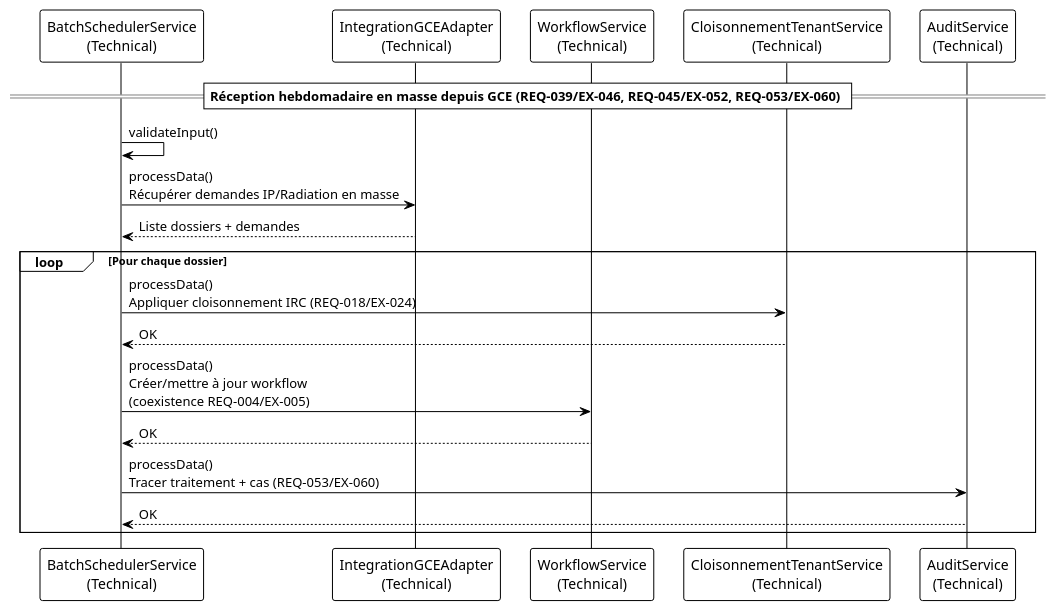
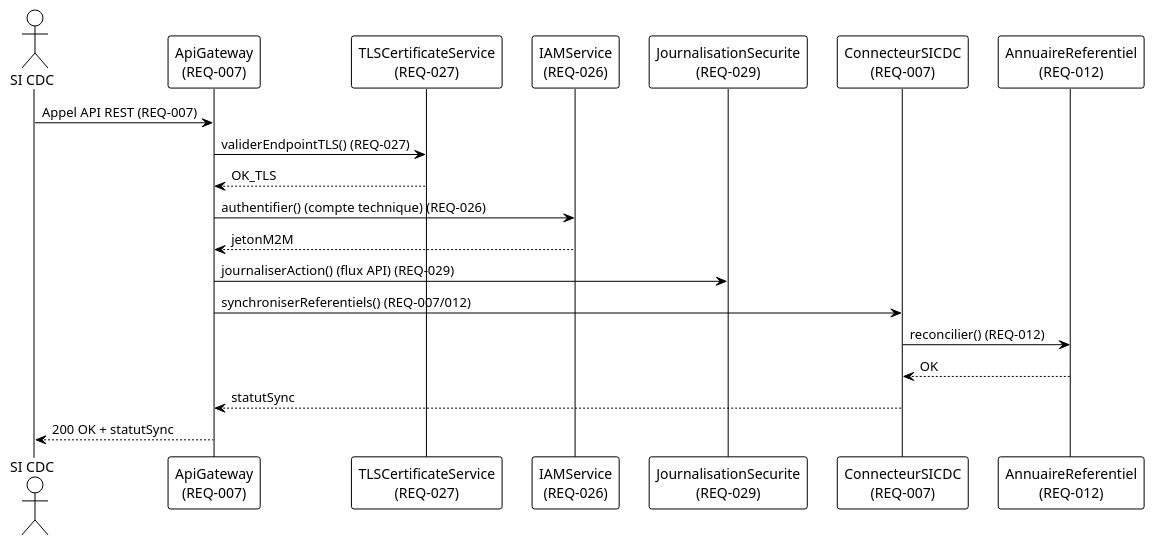
Before and after one commit to Modelio-R-D/ModelioAlchemist: the fifth of 6 diagrams in output/modele_donnees.puml, drawn with PlantUML. The commit also changed other lines of this file and 46 other files, not shown here.

```diff
--- a/output/modele_donnees.puml
+++ b/output/modele_donnees.puml
@@ -685,24 +833,26 @@
-@startuml Sequence_Batch_Hebdo_GCE
+@startuml Sequence_API_Securisee_Integration
 !theme plain
 
-participant "BatchSchedulerService\n(Technical)" as Batch
-participant "IntegrationGCEAdapter\n(Technical)" as GCE
-participant "WorkflowService\n(Technical)" as WF
-participant "CloisonnementTenantService\n(Technical)" as Tenant
-participant "AuditService\n(Technical)" as Audit
+actor "SI CDC" as SICDC
+participant "ApiGateway\n(REQ-007)" as API
+participant "TLSCertificateService\n(REQ-027)" as TLS
+participant "IAMService\n(REQ-026)" as IAM
+participant "JournalisationSecurite\n(REQ-029)" as LOG
+participant "ConnecteurSICDC\n(REQ-007)" as CONN
+participant "AnnuaireReferentiel\n(REQ-012)" as MDM
 
-== Réception hebdomadaire en masse depuis GCE (REQ-039/EX-046, REQ-045/EX-052, REQ-053/EX-060) ==
-Batch -> Batch : validateInput()
-Batch -> GCE : processData()\nRécupérer demandes IP/Radiation en masse
-GCE --> Batch : Liste dossiers + demandes
+SICDC -> API : Appel API REST (REQ-007)
+API -> TLS : validerEndpointTLS() (REQ-027)
+TLS --> API : OK_TLS
 
-loop Pour chaque dossier
-  Batch -> Tenant : processData()\nAppliquer cloisonnement IRC (REQ-018/EX-024)
-  Tenant --> Batch : OK
-  Batch -> WF : processData()\nCréer/mettre à jour workflow\n(coexistence REQ-004/EX-005)
-  WF --> Batch : OK
-  Batch -> Audit : processData()\nTracer traitement + cas (REQ-053/EX-060)
-  Audit --> Batch : OK
-end
+API -> IAM : authentifier() (compte technique) (REQ-026)
+IAM --> API : jetonM2M
+
+API -> LOG : journaliserAction() (flux API) (REQ-029)
+API -> CONN : synchroniserReferentiels() (REQ-007/012)
+CONN -> MDM : reconcilier() (REQ-012)
+MDM --> CONN : OK
+CONN --> API : statutSync
+API --> SICDC : 200 OK + statutSync
 
 @enduml
```
